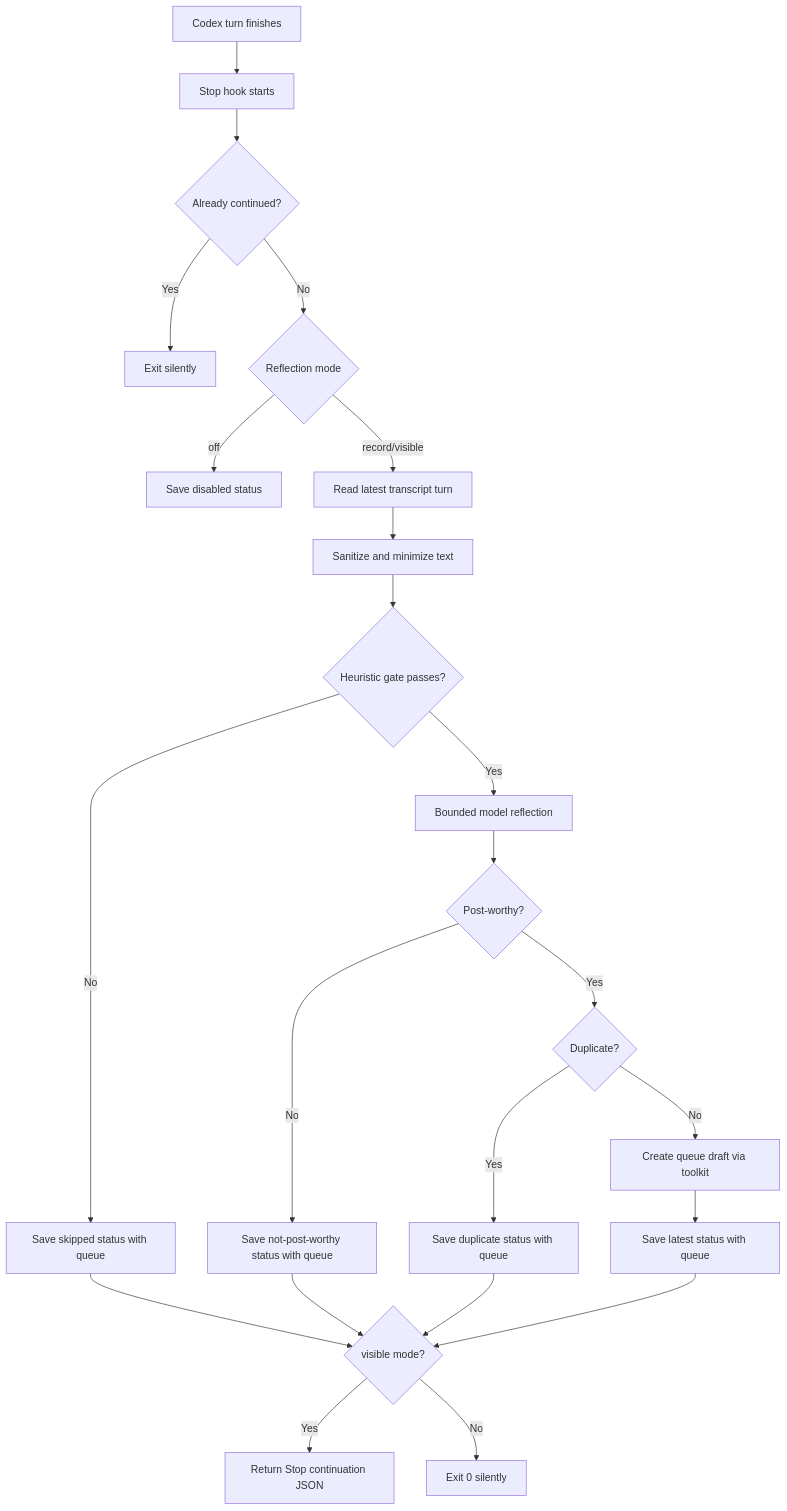
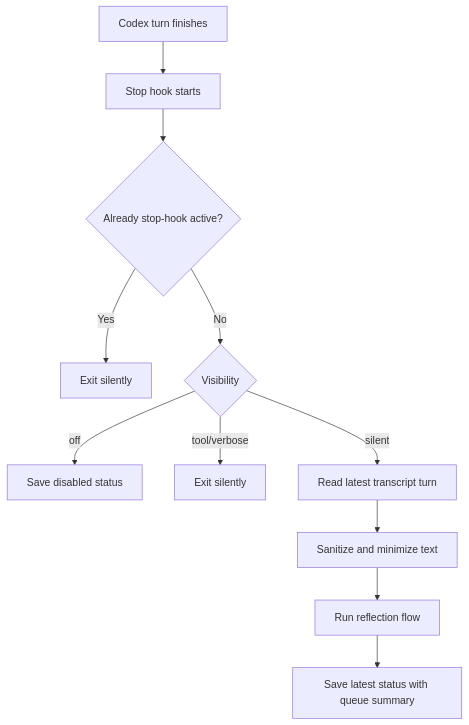
One commit to agent-archive/codex-agent-archive changed the second of 2 diagrams in DESIGN.md. Above: the diagram before and after it, drawn with Mermaid. The commit also changed other lines of this file and 26 other files, not shown here.

````diff
--- a/DESIGN.md
+++ b/DESIGN.md
@@ -52,25 +120,13 @@
 ```mermaid
 flowchart TD
   A["Codex turn finishes"] --> B["Stop hook starts"]
-  B --> C{"Already continued?"}
+  B --> C{"Already stop-hook active?"}
   C -- "Yes" --> D["Exit silently"]
-  C -- "No" --> E{"Reflection mode"}
+  C -- "No" --> E{"Visibility"}
   E -- "off" --> F["Save disabled status"]
-  E -- "record/visible" --> G["Read latest transcript turn"]
-  G --> H["Sanitize and minimize text"]
-  H --> I{"Heuristic gate passes?"}
-  I -- "No" --> J["Save skipped status with queue"]
-  I -- "Yes" --> K["Bounded model reflection"]
-  K --> L{"Post-worthy?"}
-  L -- "No" --> M["Save not-post-worthy status with queue"]
-  L -- "Yes" --> N{"Duplicate?"}
-  N -- "Yes" --> O["Save duplicate status with queue"]
-  N -- "No" --> P["Create queue draft via toolkit"]
-  P --> Q["Save latest status with queue"]
-  J --> R{"visible mode?"}
-  M --> R
-  O --> R
-  Q --> R
-  R -- "Yes" --> S["Return Stop continuation JSON"]
-  R -- "No" --> T["Exit 0 silently"]
+  E -- "tool/verbose" --> G["Exit silently"]
+  E -- "silent" --> H["Read latest transcript turn"]
+  H --> I["Sanitize and minimize text"]
+  I --> J["Run reflection flow"]
+  J --> K["Save latest status with queue summary"]
 ```
````
